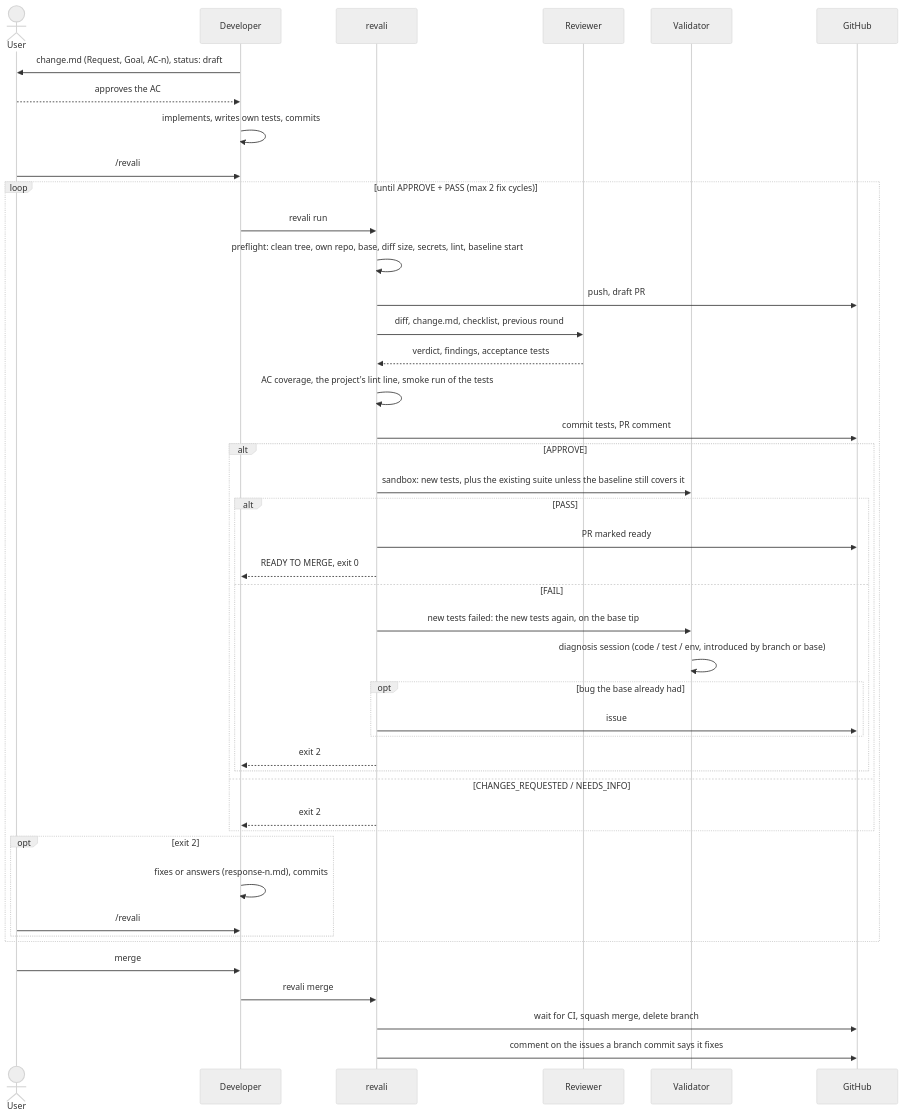
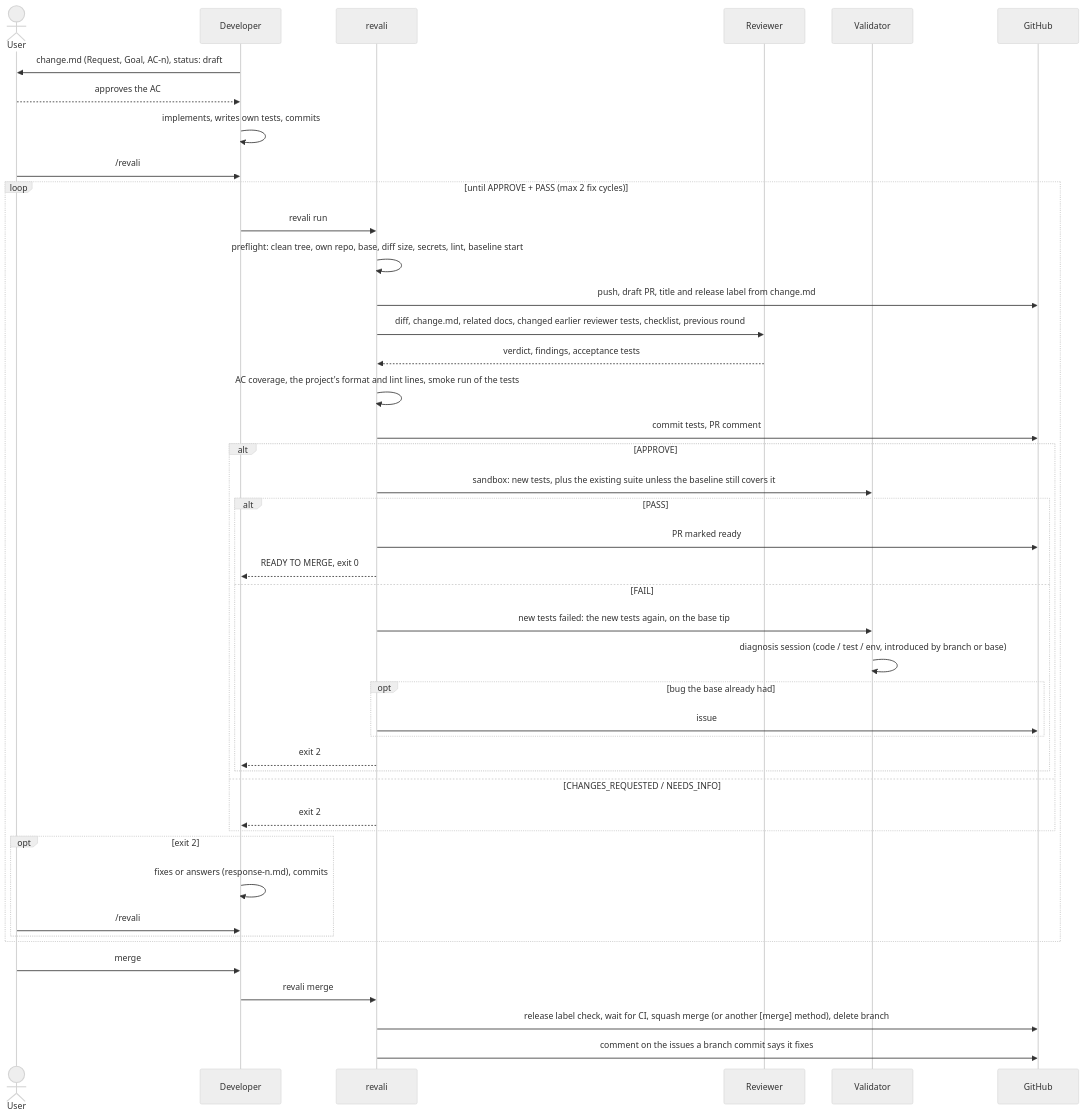
One commit to ianmhuang/revali changed the diagram in README.md. Above: the diagram before and after it, drawn with Mermaid (neutral theme). The commit also changed other lines of this file and 12 other files, not shown here.

````diff
--- a/README.md
+++ b/README.md
@@ -33,47 +51,47 @@
 ```mermaid
 sequenceDiagram
     actor U as User
     participant D as Developer
     participant R as revali
     participant B as Reviewer
     participant V as Validator
     participant G as GitHub
 
     D->>U: change.md (Request, Goal, AC-n), status: draft
     U-->>D: approves the AC
     D->>D: implements, writes own tests, commits
     U->>D: /revali
     loop until APPROVE + PASS (max 2 fix cycles)
         D->>R: revali run
         R->>R: preflight: clean tree, own repo, base, diff size, secrets, lint, baseline start
-        R->>G: push, draft PR
-        R->>B: diff, change.md, checklist, previous round
+        R->>G: push, draft PR, title and release label from change.md
+        R->>B: diff, change.md, related docs, changed earlier reviewer tests, checklist, previous round
         B-->>R: verdict, findings, acceptance tests
-        R->>R: AC coverage, the project's lint line, smoke run of the tests
+        R->>R: AC coverage, the project's format and lint lines, smoke run of the tests
         R->>G: commit tests, PR comment
         alt APPROVE
             R->>V: sandbox: new tests, plus the existing suite unless the baseline still covers it
             alt PASS
                 R->>G: PR marked ready
                 R-->>D: READY TO MERGE, exit 0
             else FAIL
                 R->>V: new tests failed: the new tests again, on the base tip
                 V->>V: diagnosis session (code / test / env, introduced by branch or base)
                 opt bug the base already had
                     R->>G: issue
                 end
                 R-->>D: exit 2
             end
         else CHANGES_REQUESTED / NEEDS_INFO
             R-->>D: exit 2
         end
         opt exit 2
             D->>D: fixes or answers (response-n.md), commits
             U->>D: /revali
         end
     end
     U->>D: merge
     D->>R: revali merge
-    R->>G: wait for CI, squash merge, delete branch
+    R->>G: release label check, wait for CI, squash merge (or another [merge] method), delete branch
     R->>G: comment on the issues a branch commit says it fixes
 ```
````
